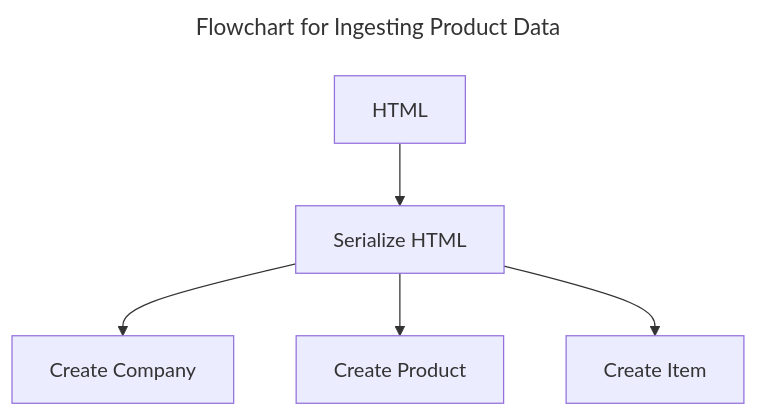
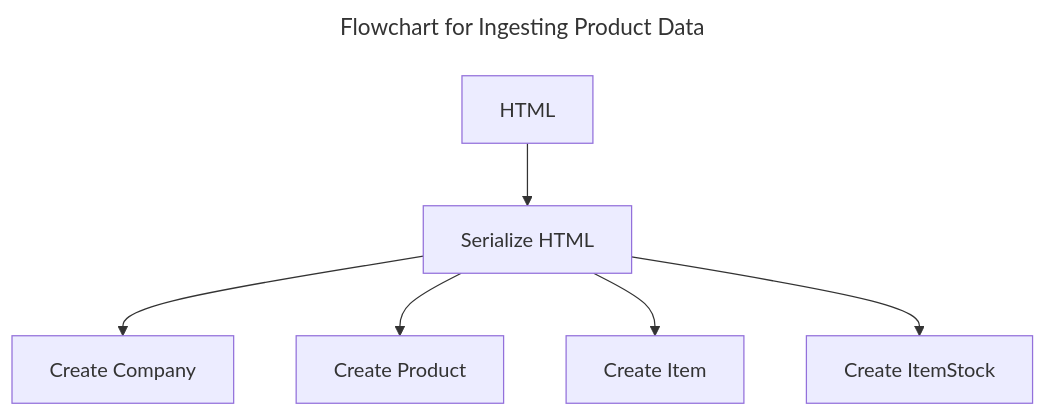
Before and after one commit to AlexScotland/ItemTracker: the diagram in docs/ingest_product.mmd, drawn with Mermaid.

Commit message:
:memo: Adds diagram fix

```diff
--- a/docs/ingest_product.mmd
+++ b/docs/ingest_product.mmd
@@ -1,14 +1,16 @@
 ---
 title: Flowchart for Ingesting Product Data
 ---
 flowchart TB
     html[HTML]
     parser[Serialize HTML]
     create_Company[Create Company]
     create_Product[Create Product]
     create_item[Create Item]
+    create_item_stock[Create ItemStock]
 
     html --> parser
     parser --> create_Company
     parser --> create_Product
     parser --> create_item
+    parser --> create_item_stock
```
